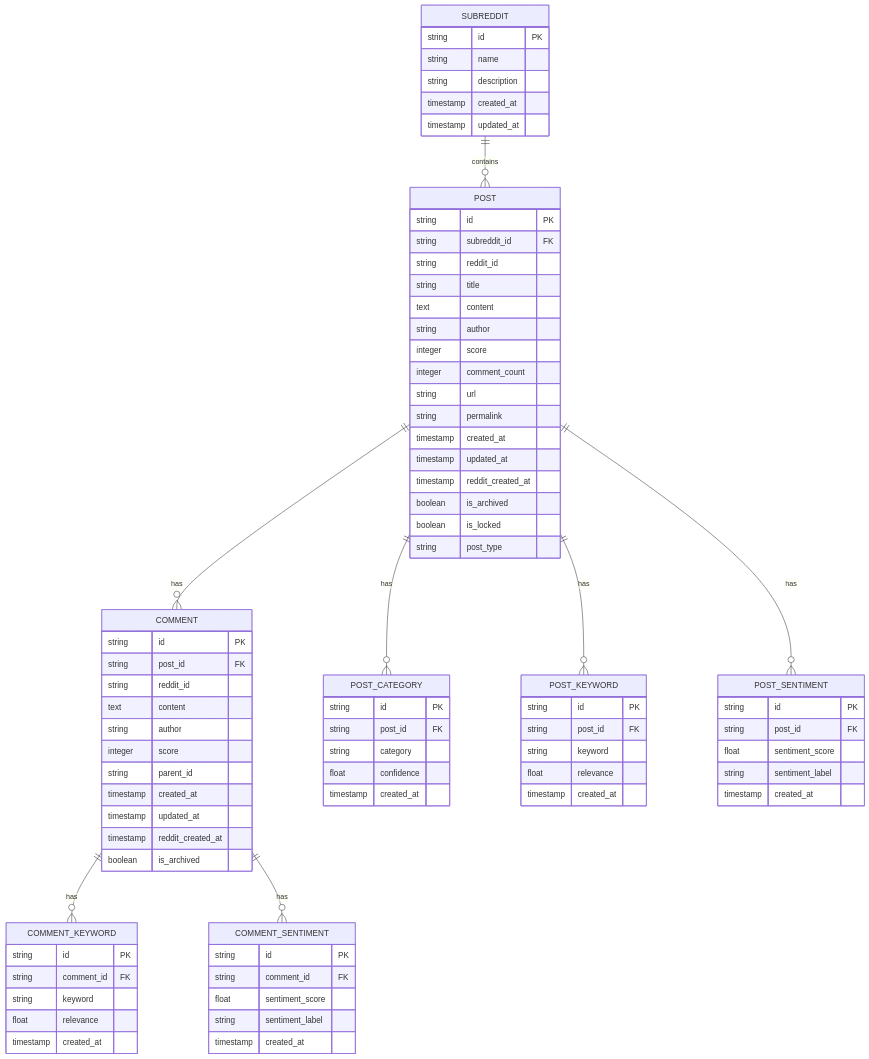
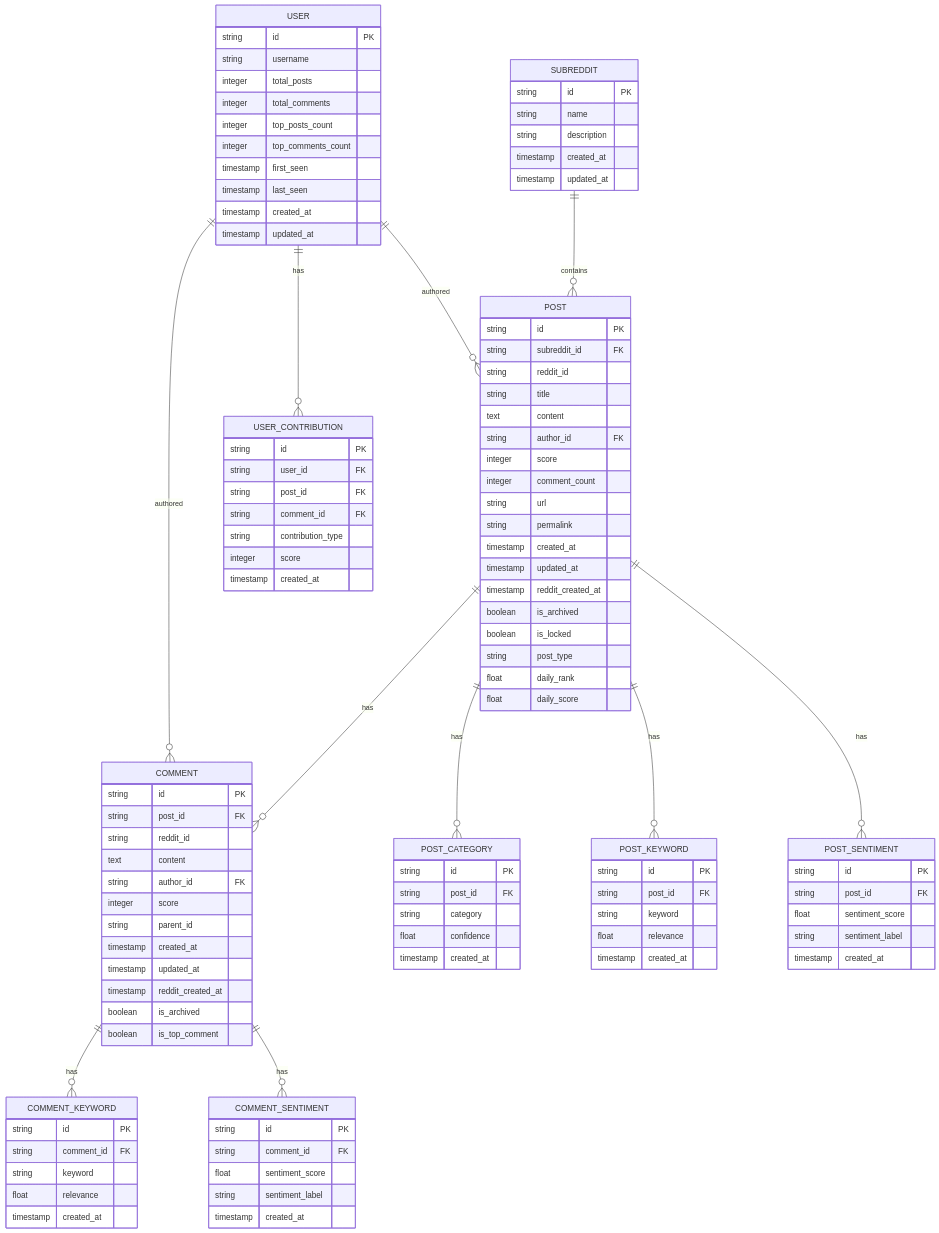
One commit to RockyKev/reddit-web-scraper-cursor-1 changed the diagram in docs/database-schema.md. Above: the diagram before and after it, drawn with Mermaid. The commit also changed other lines of this file and 11 other files, not shown here.

```diff
--- a/docs/database-schema.md
+++ b/docs/database-schema.md
@@ -11,6 +11,9 @@
     COMMENT ||--o{ COMMENT_KEYWORD : has
     COMMENT ||--o{ COMMENT_SENTIMENT : has
     POST ||--o{ POST_SENTIMENT : has
+    USER ||--o{ POST : authored
+    USER ||--o{ COMMENT : authored
+    USER ||--o{ USER_CONTRIBUTION : has
 
     SUBREDDIT {
         string id PK
@@ -26,7 +29,7 @@
         string reddit_id
         string title
         text content
-        string author
+        string author_id FK
         integer score
         integer comment_count
         string url
@@ -37,6 +40,8 @@
         boolean is_archived
         boolean is_locked
         string post_type
+        float daily_rank
+        float daily_score
     }
 
     COMMENT {
@@ -44,13 +49,37 @@
         string post_id FK
         string reddit_id
         text content
-        string author
+        string author_id FK
         integer score
         string parent_id
         timestamp created_at
         timestamp updated_at
         timestamp reddit_created_at
         boolean is_archived
+        boolean is_top_comment
+    }
+
+    USER {
+        string id PK
+        string username
+        integer total_posts
+        integer total_comments
+        integer top_posts_count
+        integer top_comments_count
+        timestamp first_seen
+        timestamp last_seen
+        timestamp created_at
+        timestamp updated_at
+    }
+
+    USER_CONTRIBUTION {
+        string id PK
+        string user_id FK
+        string post_id FK
+        string comment_id FK
+        string contribution_type
+        integer score
+        timestamp created_at
     }
 
     POST_CATEGORY {
```
